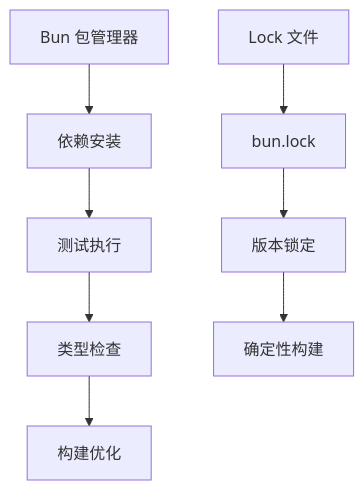
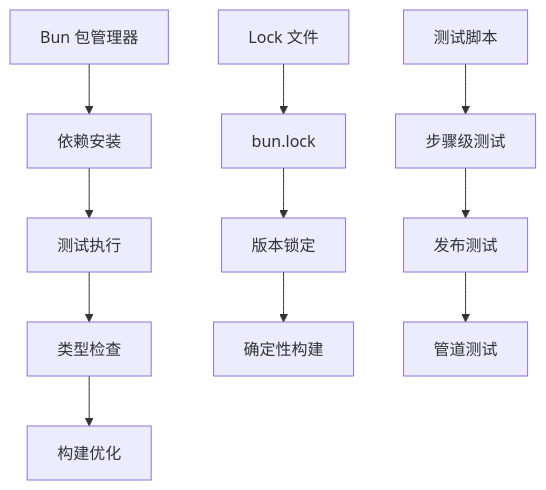
Before and after one commit to NTLx/ntlx.github.io: the third of 12 diagrams in .qoder/repowiki/zh/content/AI 技能系统/发布自动化技能/微信文章写作管线/测试套件.md, drawn with Mermaid. The commit also changed other lines of this file and 10 other files, not shown here.

````diff
--- a/.qoder/repowiki/zh/content/AI 技能系统/发布自动化技能/微信文章写作管线/测试套件.md
+++ b/.qoder/repowiki/zh/content/AI 技能系统/发布自动化技能/微信文章写作管线/测试套件.md
@@ -119,10 +149,13 @@
 ```mermaid
 flowchart TD
 A[Bun 包管理器] --> B[依赖安装]
 B --> C[测试执行]
 C --> D[类型检查]
 D --> E[构建优化]
 F[Lock 文件] --> G[bun.lock]
 G --> H[版本锁定]
 H --> I[确定性构建]
+J[测试脚本] --> K[步骤级测试]
+K --> L[发布测试]
+L --> M[管道测试]
 ```
````
